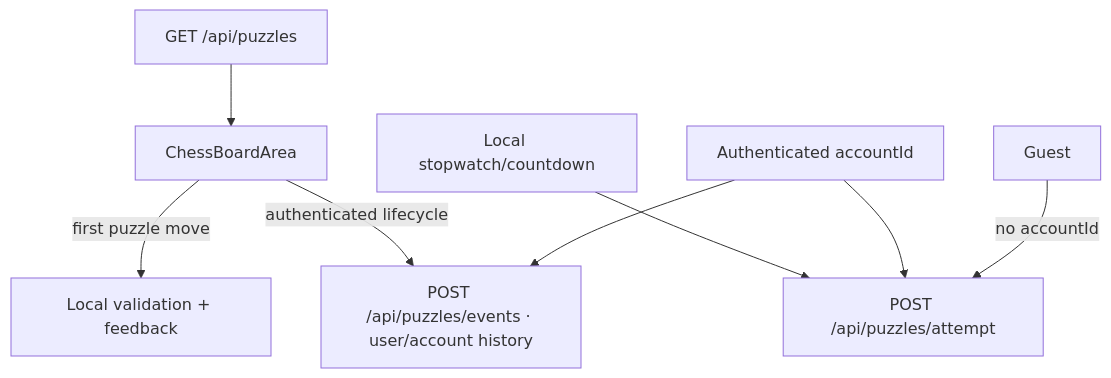
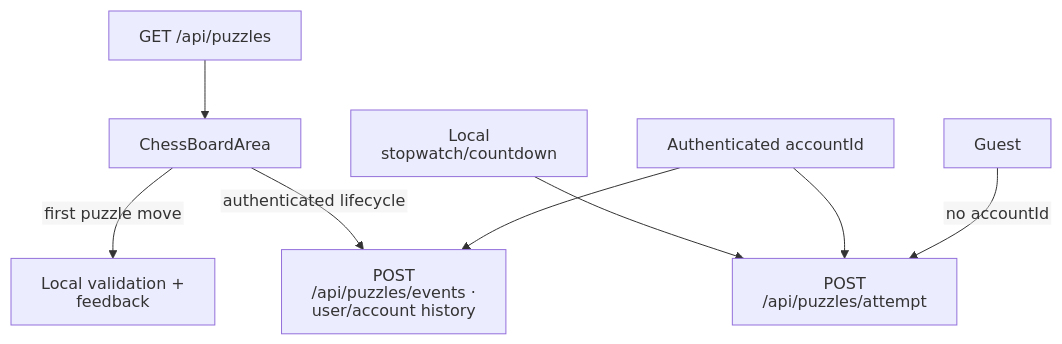
Before and after one commit to NathanZK/ChessEcho: the fourth of 5 diagrams in docs/architecture/frontend.md, drawn with Mermaid. The commit also changed other lines of this file and 1 other file, not shown here.

First line of the commit message:
docs: fix architecture Mermaid rendering

````diff
--- a/docs/architecture/frontend.md
+++ b/docs/architecture/frontend.md
@@ -207,10 +210,11 @@
 ```mermaid
+%%{init: {"htmlLabels": false, "flowchart": {"htmlLabels": false, "diagramPadding": 120}}}%%
 flowchart TB
   load["GET /api/puzzles"] --> board["ChessBoardArea"]
   board -->|"first puzzle move"| local["Local validation + feedback"]
   board -->|"authenticated lifecycle"| events["POST /api/puzzles/events · user/account history"]
   timer["Local stopwatch/countdown"] --> attempt["POST /api/puzzles/attempt"]
   account["Authenticated accountId"] --> events
   account --> attempt
   guest["Guest"] -->|"no accountId"| attempt
 ```
````
